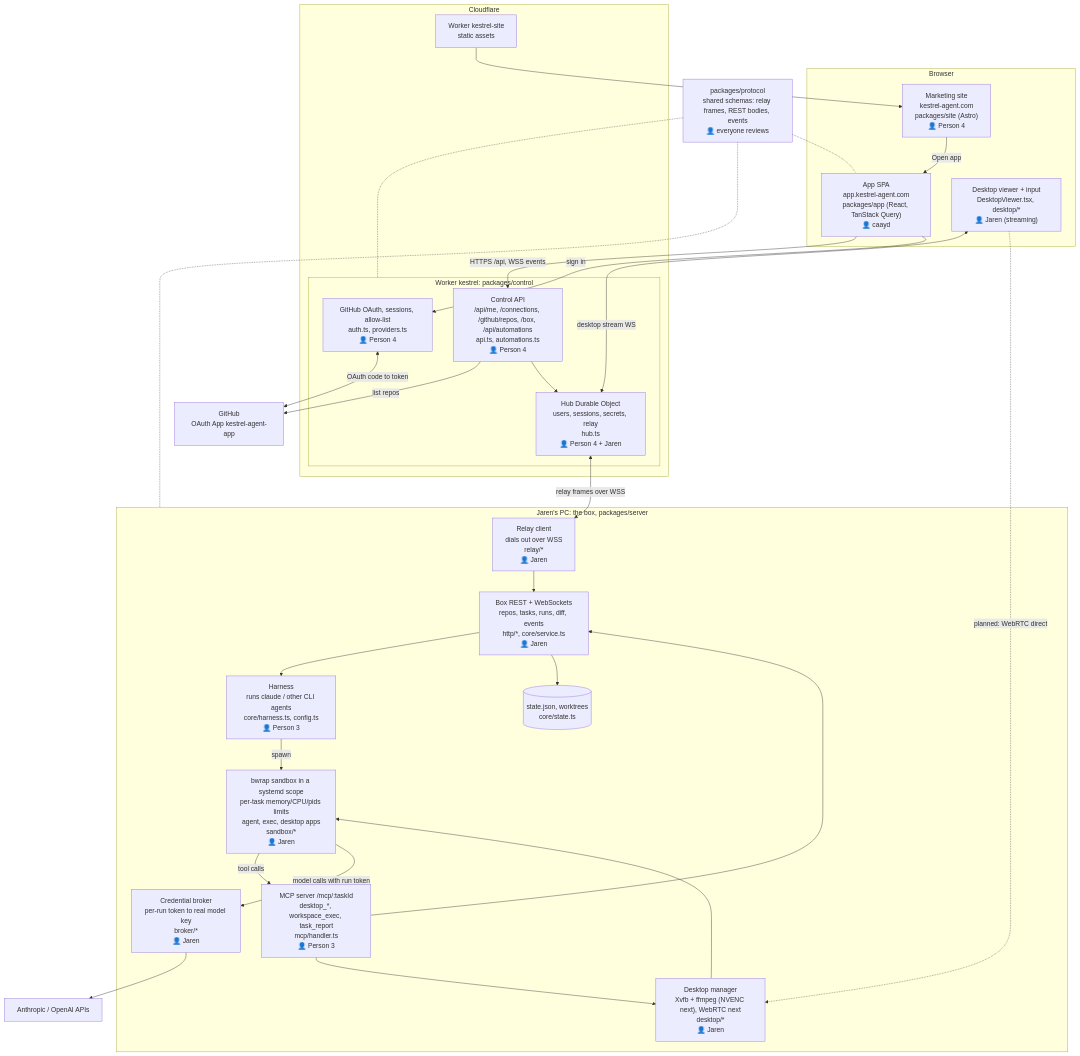
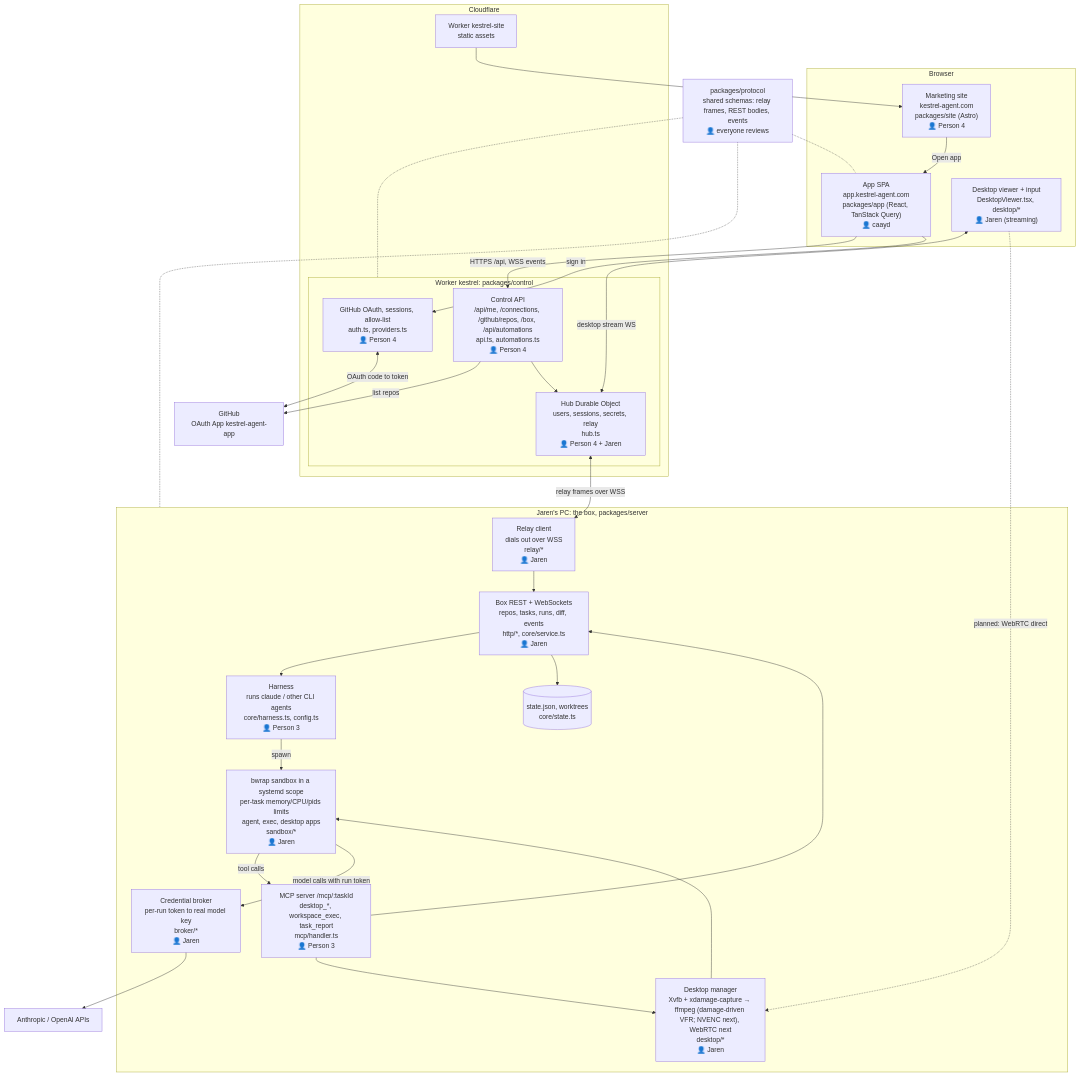
The diagram in docs/architecture.md (StinkyCat0/kestrel), drawn with Mermaid before and after one commit. The commit also changed 8 other files, not shown here.

````diff
--- a/docs/architecture.md
+++ b/docs/architecture.md
@@ -3,58 +3,58 @@
 ```mermaid
 flowchart TB
   subgraph Browser["Browser"]
     SITE["Marketing site<br/>kestrel-agent.com<br/>packages/site (Astro)<br/>👤 Person 4"]
     APP["App SPA<br/>app.kestrel-agent.com<br/>packages/app (React, TanStack Query)<br/>👤 caayd"]
     VIEW["Desktop viewer + input<br/>DesktopViewer.tsx, desktop/*<br/>👤 Jaren (streaming)"]
   end
 
   subgraph CF["Cloudflare"]
     SITEW["Worker kestrel-site<br/>static assets"]
     subgraph CTRL["Worker kestrel: packages/control"]
       AUTH["GitHub OAuth, sessions, allow-list<br/>auth.ts, providers.ts<br/>👤 Person 4"]
       API["Control API<br/>/api/me, /connections, /github/repos, /box, /api/automations<br/>api.ts, automations.ts<br/>👤 Person 4"]
       HUB["Hub Durable Object<br/>users, sessions, secrets, relay<br/>hub.ts<br/>👤 Person 4 + Jaren"]
     end
   end
 
   GH["GitHub<br/>OAuth App kestrel-agent-app"]
 
   subgraph PC["Jaren's PC: the box, packages/server"]
     RELAY["Relay client<br/>dials out over WSS<br/>relay/*<br/>👤 Jaren"]
     REST["Box REST + WebSockets<br/>repos, tasks, runs, diff, events<br/>http/*, core/service.ts<br/>👤 Jaren"]
     HARN["Harness<br/>runs claude / other CLI agents<br/>core/harness.ts, config.ts<br/>👤 Person 3"]
     MCP["MCP server /mcp/:taskId<br/>desktop_*, workspace_exec, task_report<br/>mcp/handler.ts<br/>👤 Person 3"]
     BROKER["Credential broker<br/>per-run token to real model key<br/>broker/*<br/>👤 Jaren"]
     SB["bwrap sandbox in a systemd scope<br/>per-task memory/CPU/pids limits<br/>agent, exec, desktop apps<br/>sandbox/*<br/>👤 Jaren"]
-    DESK["Desktop manager<br/>Xvfb + ffmpeg (NVENC next), WebRTC next<br/>desktop/*<br/>👤 Jaren"]
+    DESK["Desktop manager<br/>Xvfb + xdamage-capture → ffmpeg (damage-driven VFR; NVENC next), WebRTC next<br/>desktop/*<br/>👤 Jaren"]
     STATE[("state.json, worktrees<br/>core/state.ts")]
   end
 
   LLM["Anthropic / OpenAI APIs"]
 
   SITE -->|Open app| APP
   SITEW --> SITE
   APP -->|HTTPS /api, WSS events| API
   APP -->|sign in| AUTH
   AUTH <-->|OAuth code to token| GH
   API -->|list repos| GH
   API --> HUB
   HUB <-->|relay frames over WSS| RELAY
   VIEW <-->|desktop stream WS| HUB
   VIEW -.->|planned: WebRTC direct| DESK
   RELAY --> REST
   REST --> HARN
   REST --> STATE
   HARN -->|spawn| SB
   SB -->|tool calls| MCP
   SB -->|model calls with run token| BROKER
   BROKER --> LLM
   MCP --> DESK
   MCP --> REST
   DESK --> SB
 
   PROTO["packages/protocol<br/>shared schemas: relay frames, REST bodies, events<br/>👤 everyone reviews"]
   PROTO -.- APP
   PROTO -.- CTRL
   PROTO -.- PC
 ```
````
